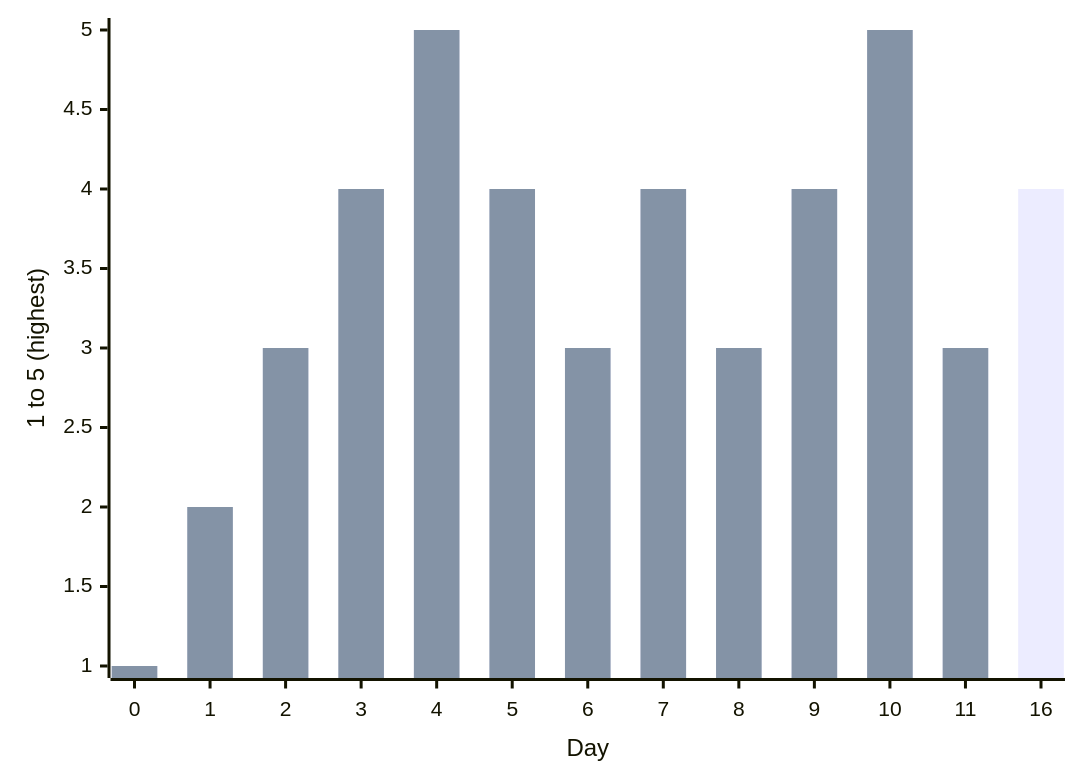
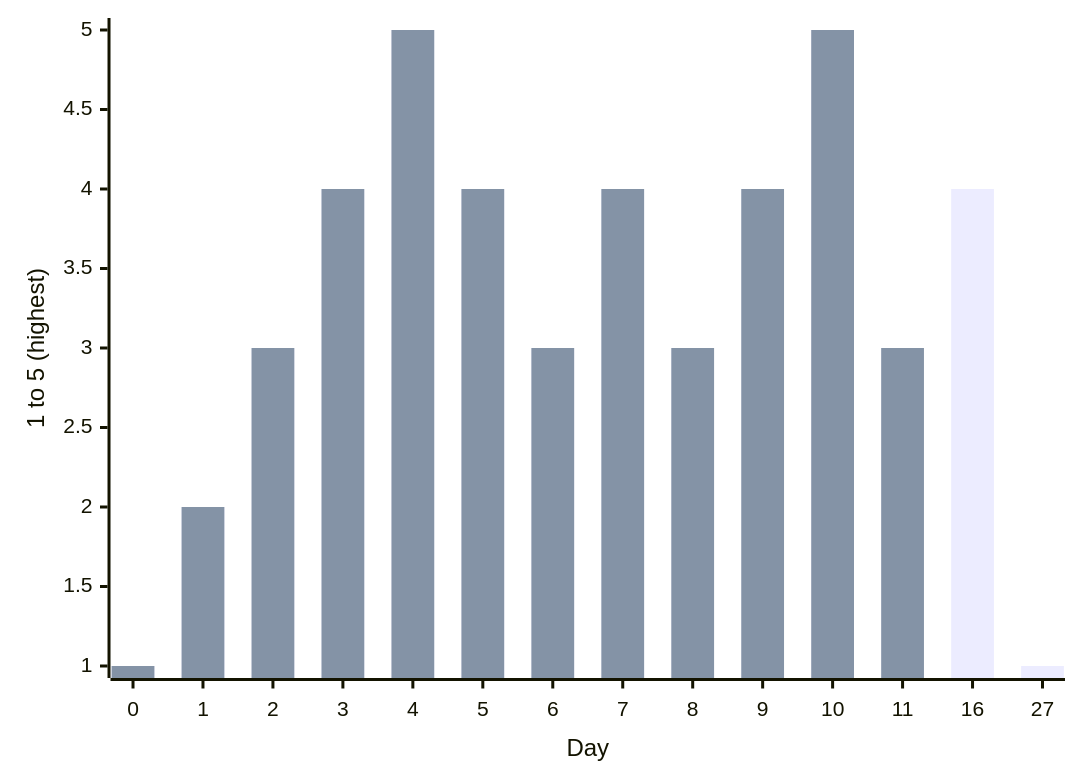
The seventh of 16 diagrams in docs/articles/posts/personal-development/experience-strict-fasting-8days/experience-strict-fasting-8days.md (phil-m-kopp/phil-m-kopp.github.io), drawn with Mermaid before and after one commit. The commit also changed other lines of this file and 7 other files, not shown here.

````diff
--- a/docs/articles/posts/personal-development/experience-strict-fasting-8days/experience-strict-fasting-8days.md
+++ b/docs/articles/posts/personal-development/experience-strict-fasting-8days/experience-strict-fasting-8days.md
@@ -229,8 +238,8 @@
 ``` mermaid
 xychart-beta
-        x-axis "Day" [0, 1, 2, 3, 4, 5, 6, 7, 8, 9, 10, 11, 16]
+        x-axis "Day" [0, 1, 2, 3, 4, 5, 6, 7, 8, 9, 10, 11, 16, 27]
         y-axis "1 to 5 (highest)" 1 --> 5
 
-        bar "Craving" [1, 2, 3, 4, 5, 4, 3, 4, 3, 4, 5, 3, 4]
+        bar "Craving" [1, 2, 3, 4, 5, 4, 3, 4, 3, 4, 5, 3, 4, 1]
         bar "Craving" [1, 2, 3, 4, 5, 4, 3, 4, 3, 4, 5, 3]
 ```
````
